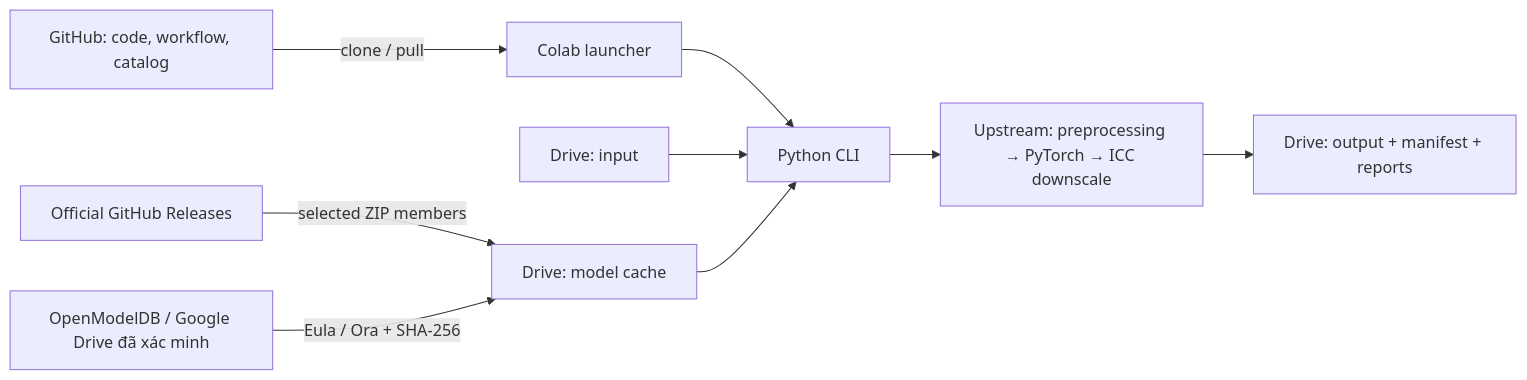
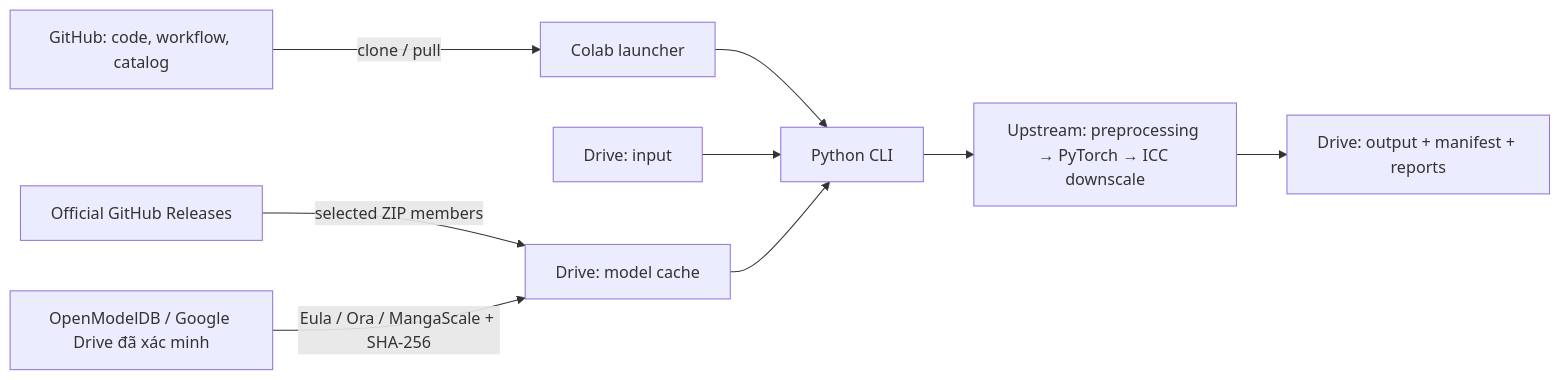
The diagram in README.md (dex593/MangaJaNai-Colab), drawn with Mermaid before and after one commit. The commit also changed other lines of this file and 19 other files, not shown here.

Commit message:
Add MangaScale GFISRV2 with verified weights and original architecture

````diff
--- a/README.md
+++ b/README.md
@@ -12,11 +12,11 @@
 ```mermaid
 flowchart LR
     G[GitHub: code, workflow, catalog] -->|clone / pull| C[Colab launcher]
     C --> P[Python CLI]
     D[Drive: input] --> P
     R[Official GitHub Releases] -->|selected ZIP members| M[Drive: model cache]
-    E[OpenModelDB / Google Drive đã xác minh] -->|Eula / Ora + SHA-256| M
+    E[OpenModelDB / Google Drive đã xác minh] -->|Eula / Ora / MangaScale + SHA-256| M
     M --> P
     P --> U[Upstream: preprocessing → PyTorch → ICC downscale]
     U --> O[Drive: output + manifest + reports]
 ```
````
